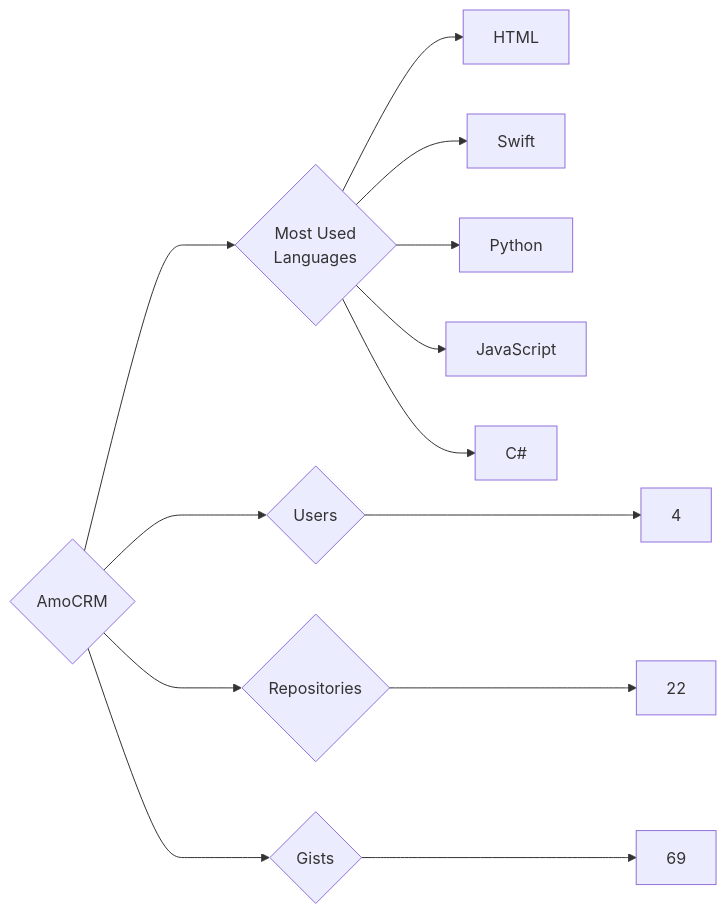
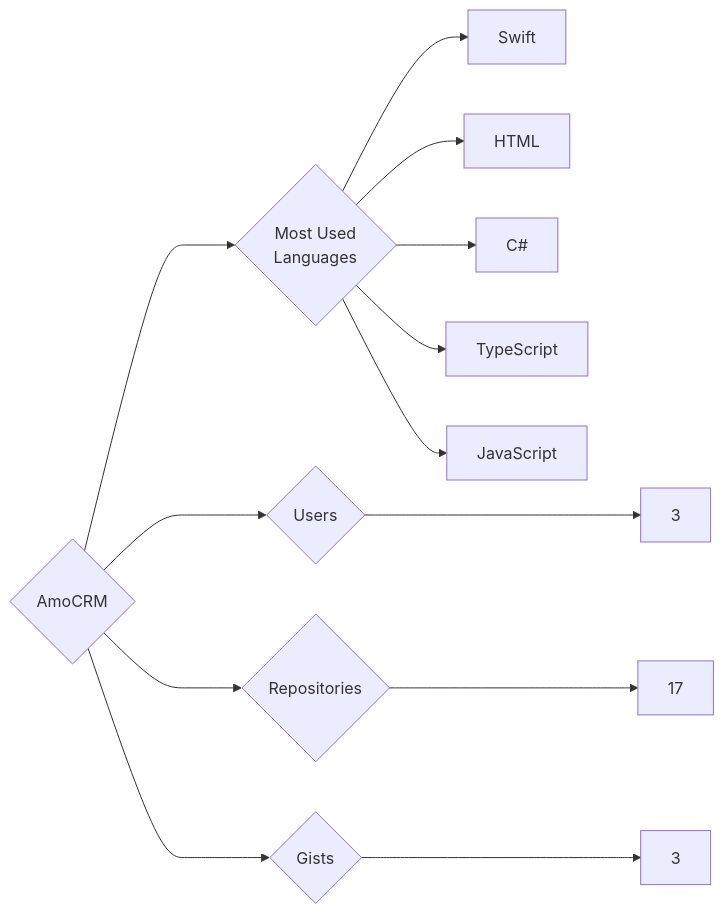
Before and after one commit to trickest/insiders: the diagram in targets/AmoCRM/README.md, drawn with Mermaid. The commit also changed 1088 other files, not shown here.

````diff
--- a/targets/AmoCRM/README.md
+++ b/targets/AmoCRM/README.md
@@ -3,13 +3,13 @@
 ```mermaid
 graph LR
 COMPANY_NAME{AmoCRM}
-COMPANY_NAME ---> U{Users} ---> UN[4]
-COMPANY_NAME ---> R{Repositories} ---> RN[22]
-COMPANY_NAME ---> G{Gists} ---> GN[69]
+COMPANY_NAME ---> U{Users} ---> UN[3]
+COMPANY_NAME ---> R{Repositories} ---> RN[17]
+COMPANY_NAME ---> G{Gists} ---> GN[3]
 COMPANY_NAME ---> ML{Most Used<br>Languages}
+ML --> Swift[Swift]
 ML --> HTML[HTML]
-ML --> Swift[Swift]
-ML --> Python[Python]
+ML --> C#[C#]
+ML --> TypeScript[TypeScript]
 ML --> JavaScript[JavaScript]
-ML --> C#[C#]
 ```
````
